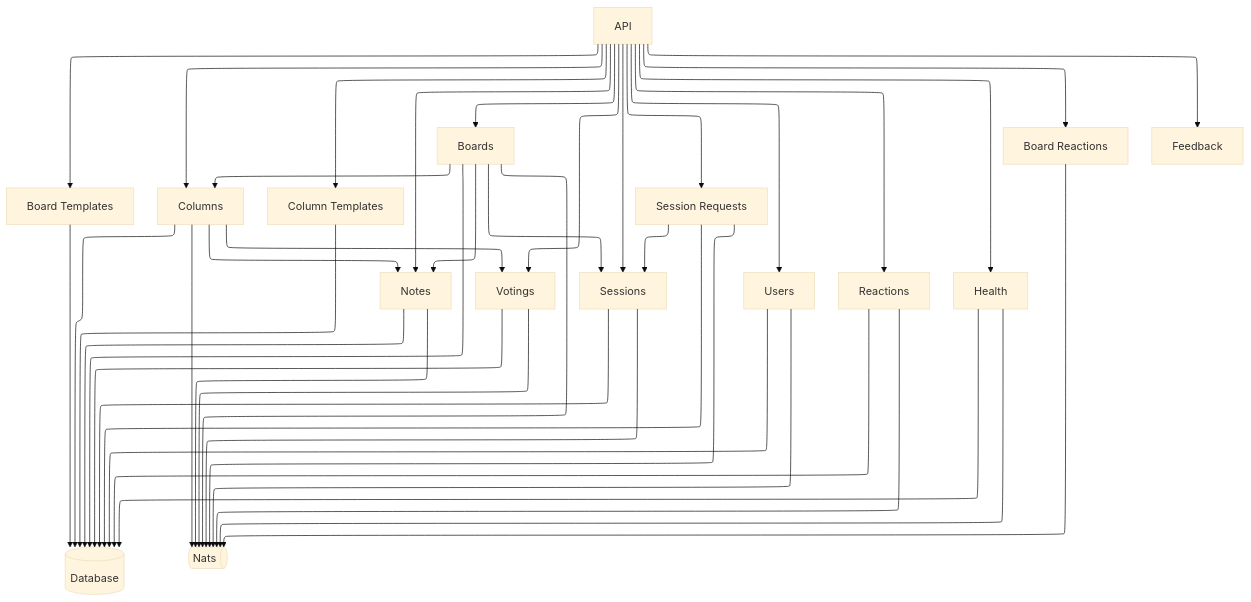
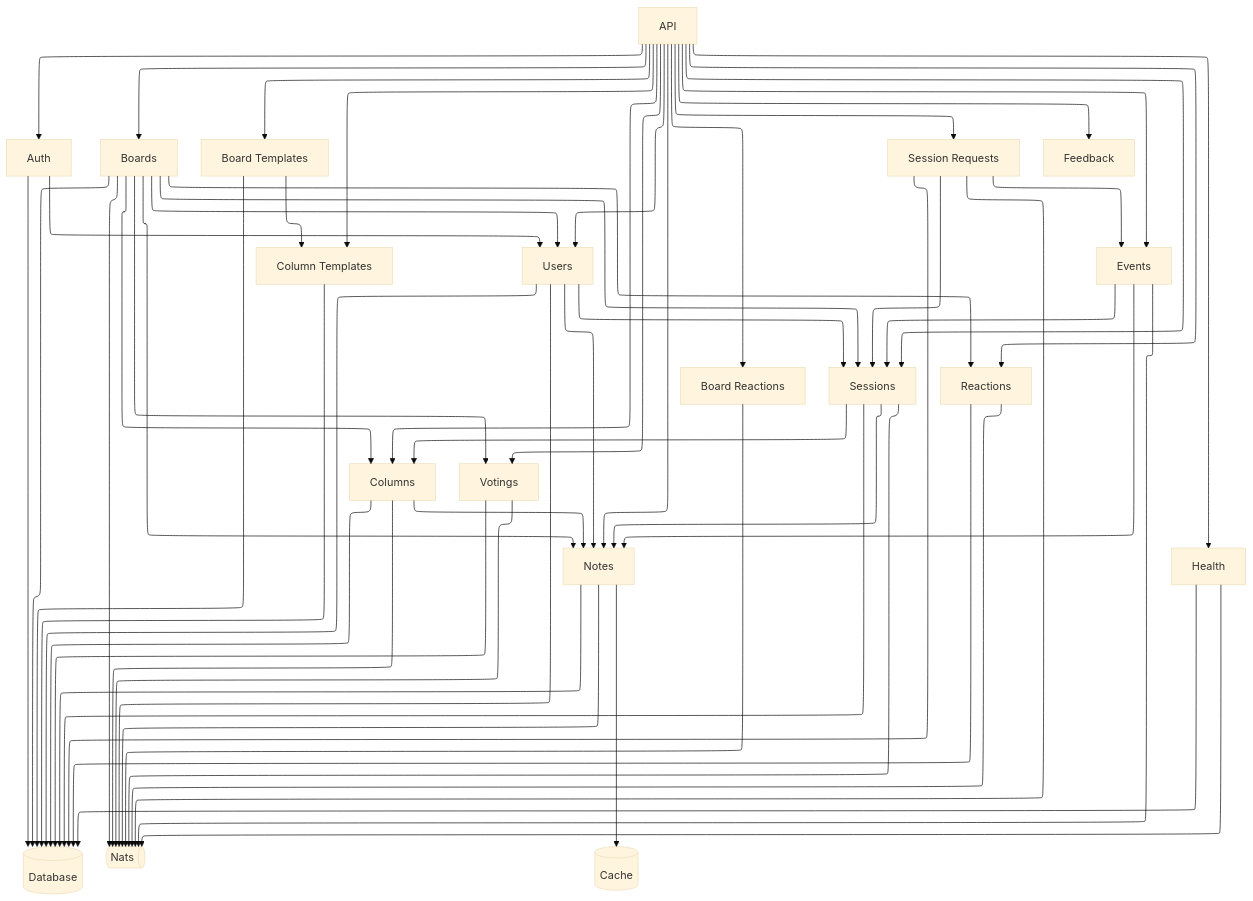
The first of 2 diagrams in docs/src/content/docs/dev/Backend/architecture.md (inovex/scrumlr.io), drawn with Mermaid (base theme) before and after one commit. The commit also changed 58 other files, not shown here.

````diff
--- a/docs/src/content/docs/dev/Backend/architecture.md
+++ b/docs/src/content/docs/dev/Backend/architecture.md
@@ -13,6 +13,7 @@
 %%{init: {"flowchart": {"defaultRenderer": "elk"}} }%%
 flowchart TB
     api[API]
+    auth[Auth]
     boards[Boards]
     boardTemplates[Board Templates]
     boardReactions[Board Reactions]
@@ -26,10 +27,13 @@
     reactions[Reactions]
     health[Health]
     feedback[Feedback]
+    events[Events]
 
     database@{ shape: cyl, label: "Database" }
     nats@{ shape: das, label: "Nats" }
+    cache@{ shape: cyl, label: "Cache" }
 
+    api --> auth
     api --> boards
     api --> boardTemplates
     api --> boardReactions
@@ -43,16 +47,34 @@
     api --> reactions
     api --> health
     api --> feedback
+    api --> events
+
+    auth --> users
 
     boards --> columns
     boards --> notes
     boards --> sessions
+    boards --> reactions
+    boards --> votings
+    boards --> users
+
+    boardTemplates --> columnTemplates
 
     columns --> notes
-    columns --> votings
+
+    sessions --> columns
+    sessions --> notes
 
     sessionRequests --> sessions
+    sessionRequests --> events
 
+    users --> sessions
+    users --> notes
+
+    events --> sessions
+    events --> notes
+
+    auth --> database
     boards --> database
     boardTemplates --> database
     columns --> database
@@ -75,4 +97,7 @@
     users --> nats
     reactions --> nats
     health --> nats
+    events --> nats
+
+    notes --> cache
 ```
````
